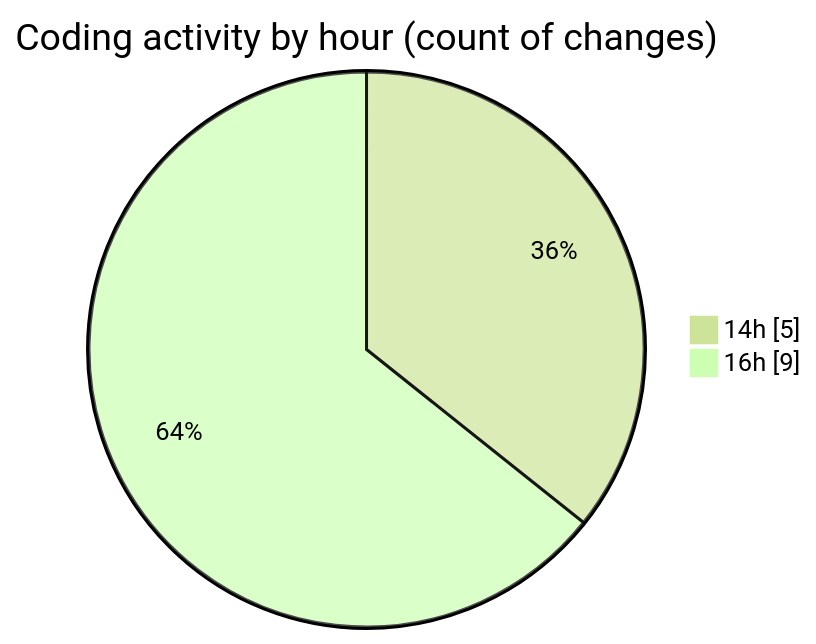
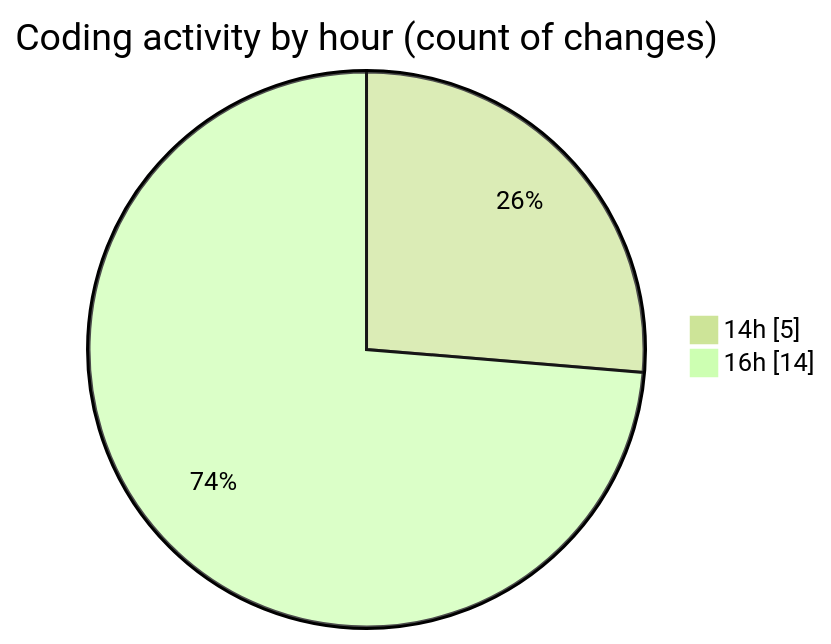
Before and after one commit to nxtqubesakshisongat/code-tracking: the second of 2 diagrams in 2025-09-22/nxtqube_webapp/README.md, drawn with Mermaid (forest theme). The commit also changed other lines of this file and 1 other file, not shown here.

````diff
--- a/2025-09-22/nxtqube_webapp/README.md
+++ b/2025-09-22/nxtqube_webapp/README.md
@@ -31,6 +31,6 @@
 ```mermaid
 pie showData
 title Coding activity by hour (count of changes)
 "14h" : 5
-"16h" : 9
+"16h" : 14
 ```
````
